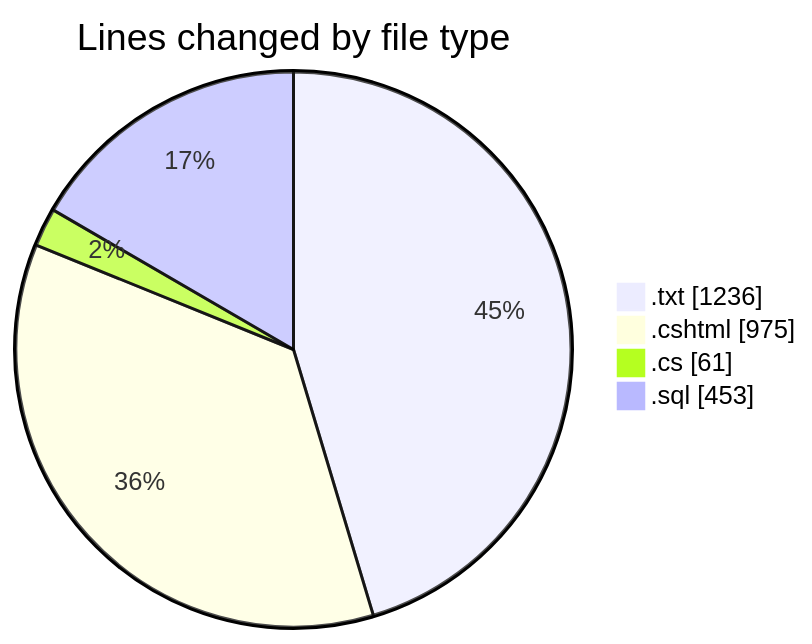
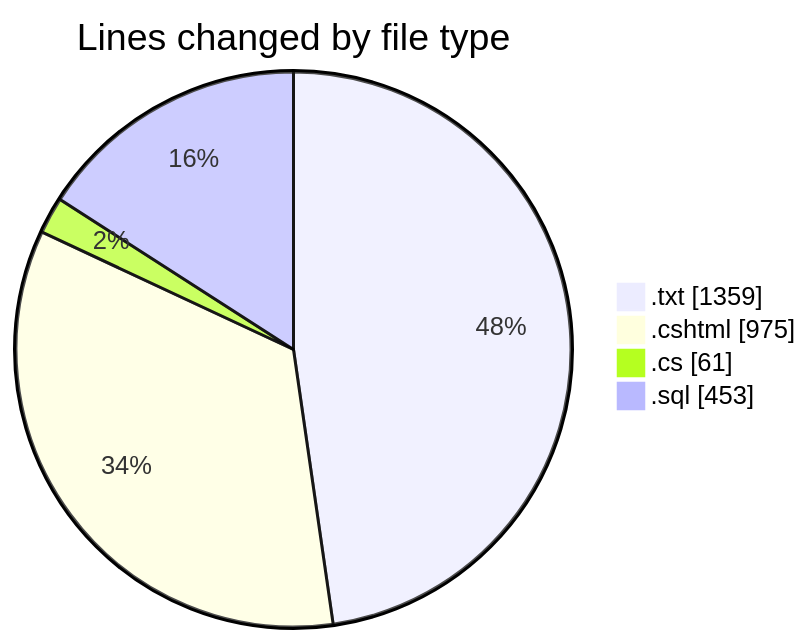
Before and after one commit to lephambinh05/code-tracking: the first of 2 diagrams in 2025-07-25/quanlyrapchieuphim-1/README.md, drawn with Mermaid. The commit also changed other lines of this file and 1 other file, not shown here.

````diff
--- a/2025-07-25/quanlyrapchieuphim-1/README.md
+++ b/2025-07-25/quanlyrapchieuphim-1/README.md
@@ -24,8 +24,8 @@
 ```mermaid
 pie showData
 title Lines changed by file type
-".txt" : 1236
+".txt" : 1359
 ".cshtml" : 975
 ".cs" : 61
 ".sql" : 453
 ```
````
